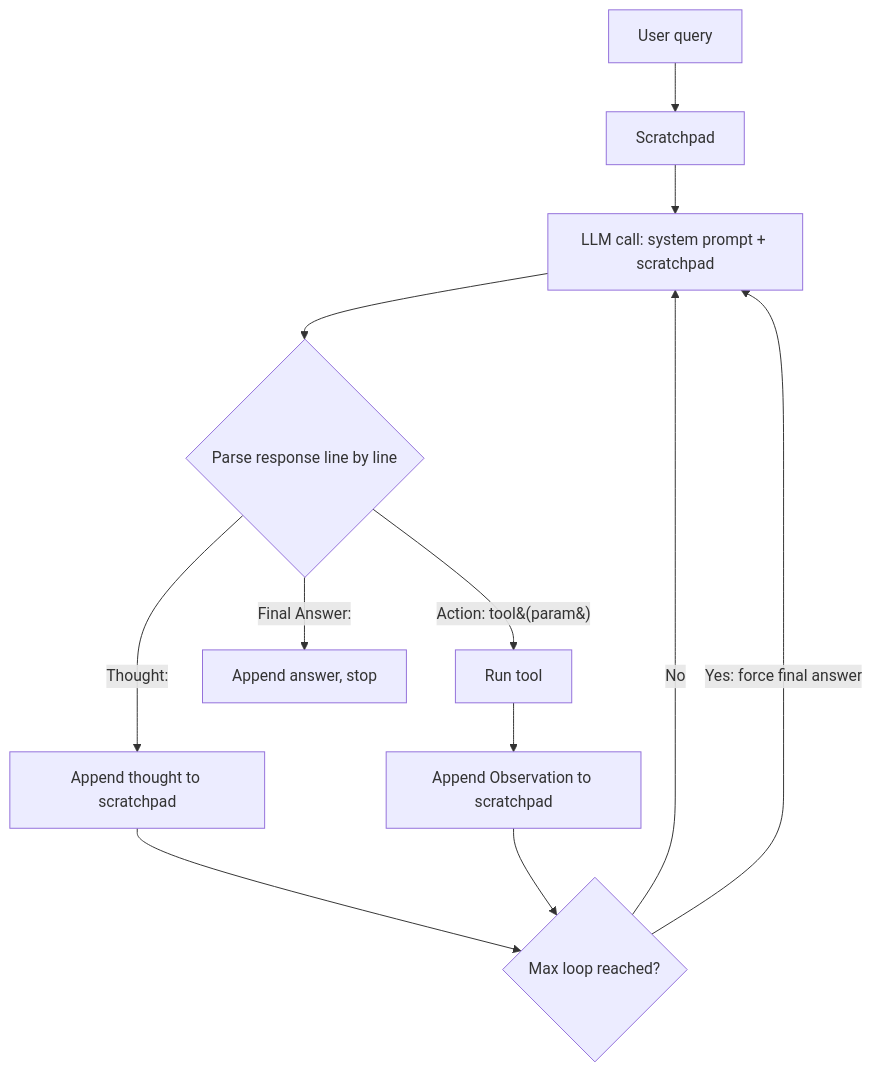
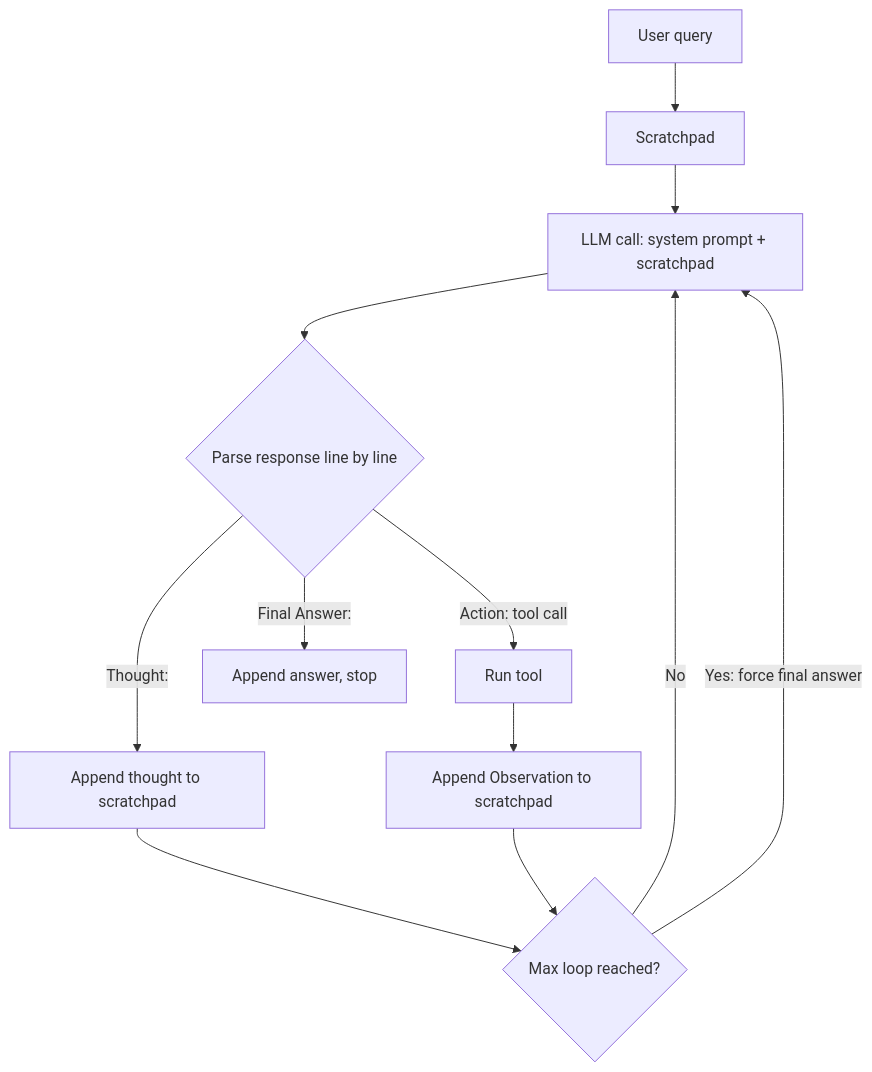
Before and after one commit to satyam-sharma7/Project_11_ReAct_Web_Research_Agent: the diagram in README.md, drawn with Mermaid.

Commit message:
Revise README for clarity and completeness
Updated project description, tools, and installation instructions in README.md.

````diff
--- a/README.md
+++ b/README.md
@@ -11,14 +11,14 @@
 ```mermaid
 flowchart TD
     A[User query] --> B[Scratchpad]
     B --> C[LLM call: system prompt + scratchpad]
     C --> D{Parse response line by line}
-    D -->|Thought:| E[Append thought to scratchpad]
-    D -->|Action: tool&#40;param&#41;| F[Run tool]
+    D -->|"Thought:"| E[Append thought to scratchpad]
+    D -->|"Action: tool call"| F[Run tool]
     F --> G[Append Observation to scratchpad]
-    D -->|Final Answer:| H[Append answer, stop]
+    D -->|"Final Answer:"| H[Append answer, stop]
     E --> I{Max loop reached?}
     G --> I
-    I -->|No| C
-    I -->|Yes: force final answer| C
+    I -->|"No"| C
+    I -->|"Yes: force final answer"| C
 ```
````
